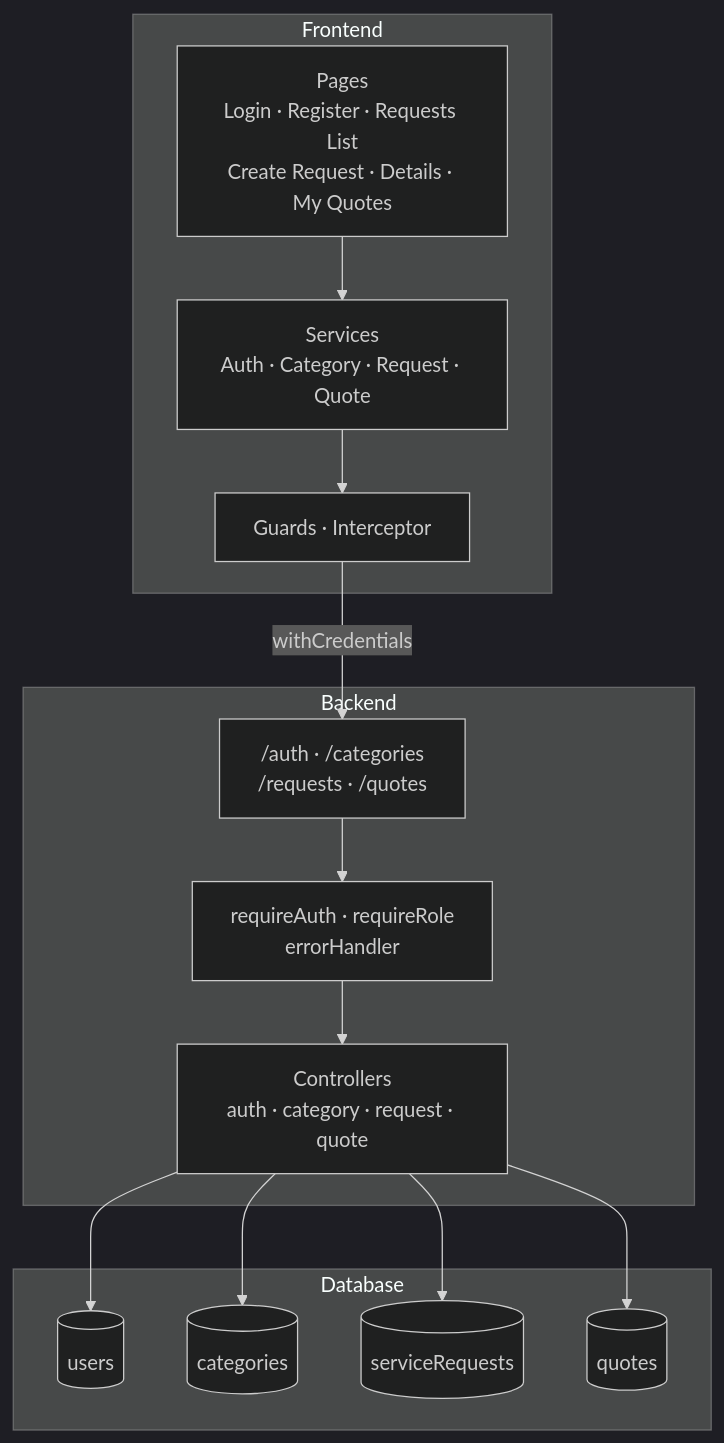
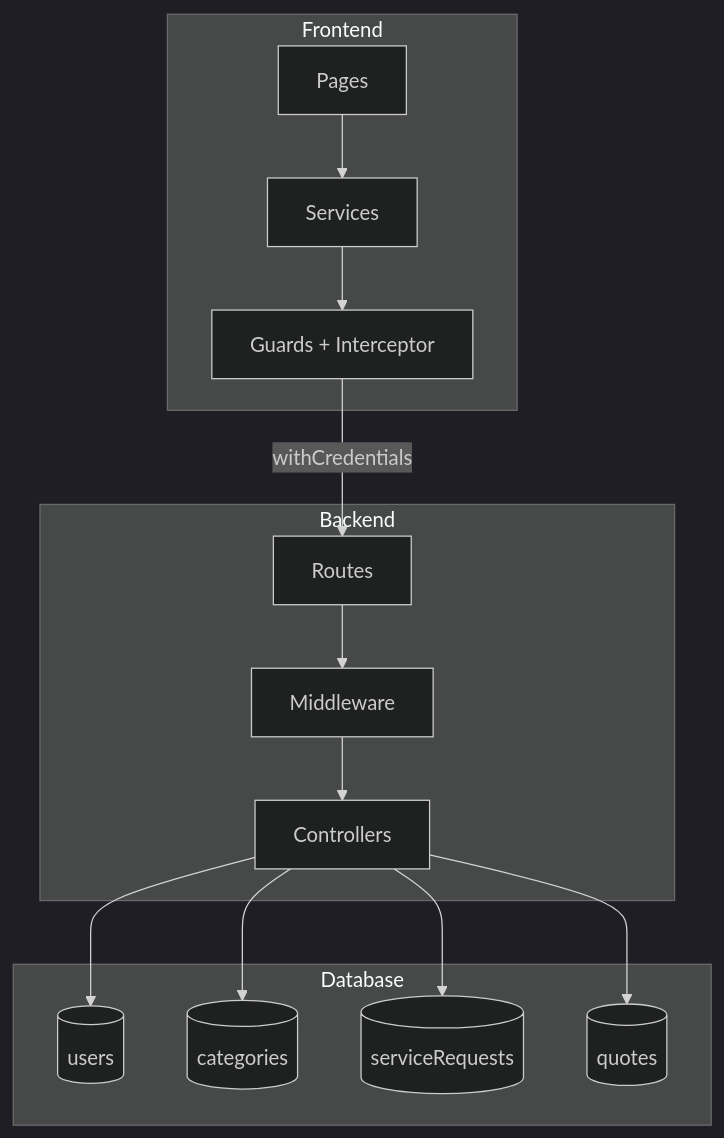
One commit to Ekep-Obasi/mtc-assignment-2 changed the second of 4 diagrams in documentation/README.md. Above: the diagram before and after it, drawn with Mermaid (dark theme). The commit also changed 3 other files, not shown here.

````diff
--- a/documentation/README.md
+++ b/documentation/README.md
@@ -24,29 +24,29 @@
 ```mermaid
 flowchart TB
     subgraph Frontend
-        Pages["Pages\nLogin · Register · Requests List\nCreate Request · Details · My Quotes"]
-        Services["Services\nAuth · Category · Request · Quote"]
-        Guards["Guards · Interceptor"]
+        Pages["Pages"]
+        Services["Services"]
+        Guards["Guards + Interceptor"]
         Pages --> Services --> Guards
     end
 
     subgraph Backend
-        Routes["/auth · /categories\n/requests · /quotes"]
-        MW["requireAuth · requireRole\nerrorHandler"]
-        Ctrl["Controllers\nauth · category · request · quote"]
+        Routes["Routes"]
+        MW["Middleware"]
+        Ctrl["Controllers"]
         Routes --> MW --> Ctrl
     end
 
     subgraph Database
         U[("users")]
         Cat[("categories")]
         SR[("serviceRequests")]
         Q[("quotes")]
     end
 
-    Guards -->|"withCredentials"| Routes
+    Guards -->|withCredentials| Routes
     Ctrl --> U
     Ctrl --> Cat
     Ctrl --> SR
     Ctrl --> Q
 ```
````
